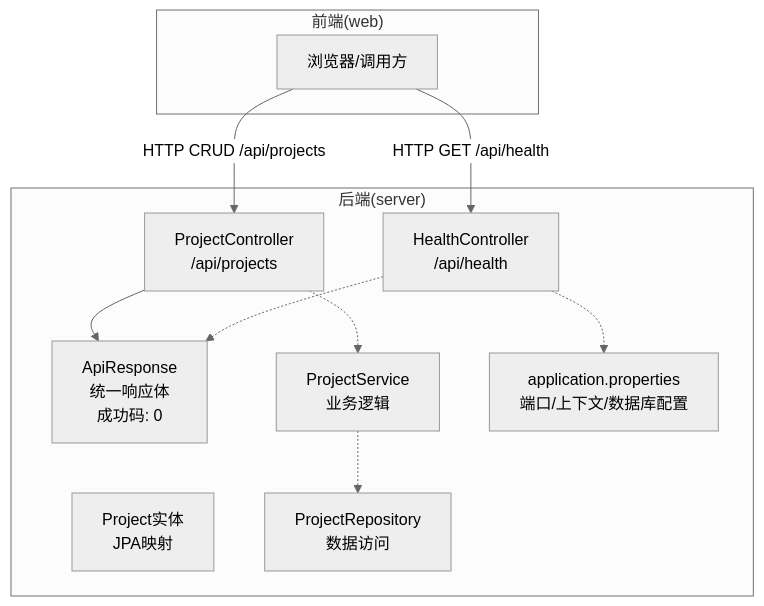
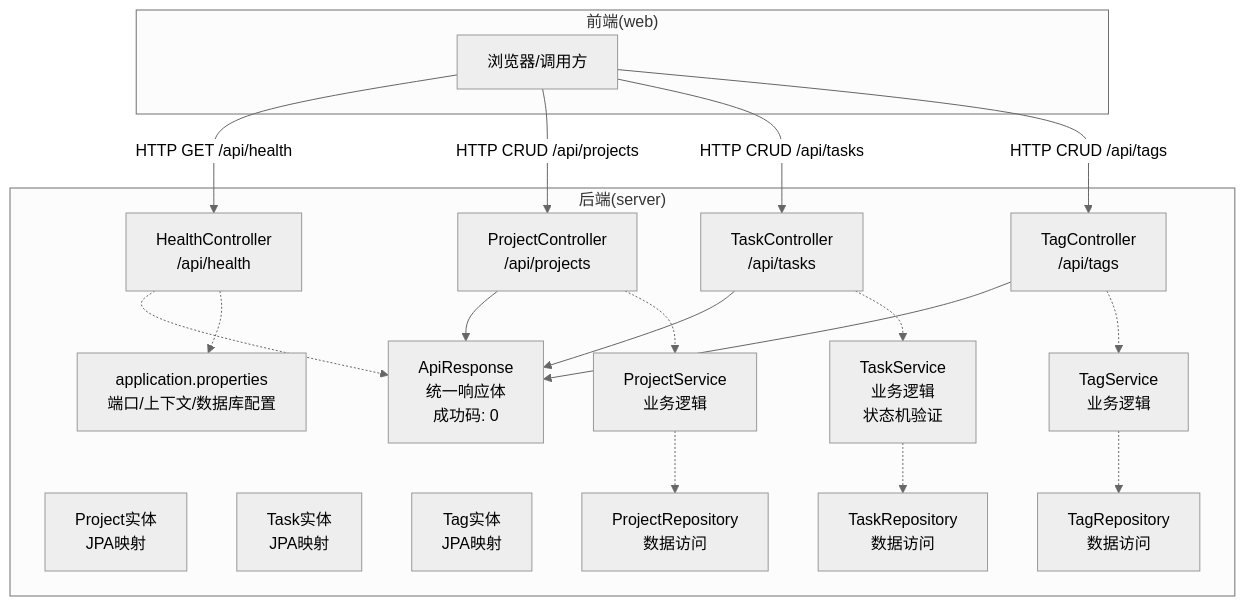
Before and after one commit to zhou9832/test1-qoder: the first of 3 diagrams in .qoder/repowiki/zh/content/后端架构/API控制器层.md, drawn with Mermaid (neutral theme). The commit also changed other lines of this file and 92 other files, not shown here.

````diff
--- a/.qoder/repowiki/zh/content/后端架构/API控制器层.md
+++ b/.qoder/repowiki/zh/content/后端架构/API控制器层.md
@@ -46,22 +62,38 @@
 ```mermaid
 graph TB
 subgraph "后端(server)"
 A["HealthController<br/>/api/health"]
 B["ProjectController<br/>/api/projects"]
-C["ApiResponse<T><br/>统一响应体<br/>成功码: 0"]
-D["Project实体<br/>JPA映射"]
-E["ProjectService<br/>业务逻辑"]
-F["ProjectRepository<br/>数据访问"]
-G["application.properties<br/>端口/上下文/数据库配置"]
+C["TaskController<br/>/api/tasks"]
+D["TagController<br/>/api/tags"]
+E["ApiResponse<T><br/>统一响应体<br/>成功码: 0"]
+F["Project实体<br/>JPA映射"]
+G["Task实体<br/>JPA映射"]
+H["Tag实体<br/>JPA映射"]
+I["ProjectService<br/>业务逻辑"]
+J["TaskService<br/>业务逻辑<br/>状态机验证"]
+K["TagService<br/>业务逻辑"]
+L["ProjectRepository<br/>数据访问"]
+M["TaskRepository<br/>数据访问"]
+N["TagRepository<br/>数据访问"]
+O["application.properties<br/>端口/上下文/数据库配置"]
 end
 subgraph "前端(web)"
-H["浏览器/调用方"]
+P["浏览器/调用方"]
 end
-H --> |HTTP GET /api/health| A
-H --> |HTTP CRUD /api/projects| B
-B --> C
-B -.-> E
-E -.-> F
-A -.-> C
-A -.-> G
+P --> |HTTP GET /api/health| A
+P --> |HTTP CRUD /api/projects| B
+P --> |HTTP CRUD /api/tasks| C
+P --> |HTTP CRUD /api/tags| D
+B --> E
+C --> E
+D --> E
+B -.-> I
+C -.-> J
+D -.-> K
+I -.-> L
+J -.-> M
+K -.-> N
+A -.-> E
+A -.-> O
 ```
````
